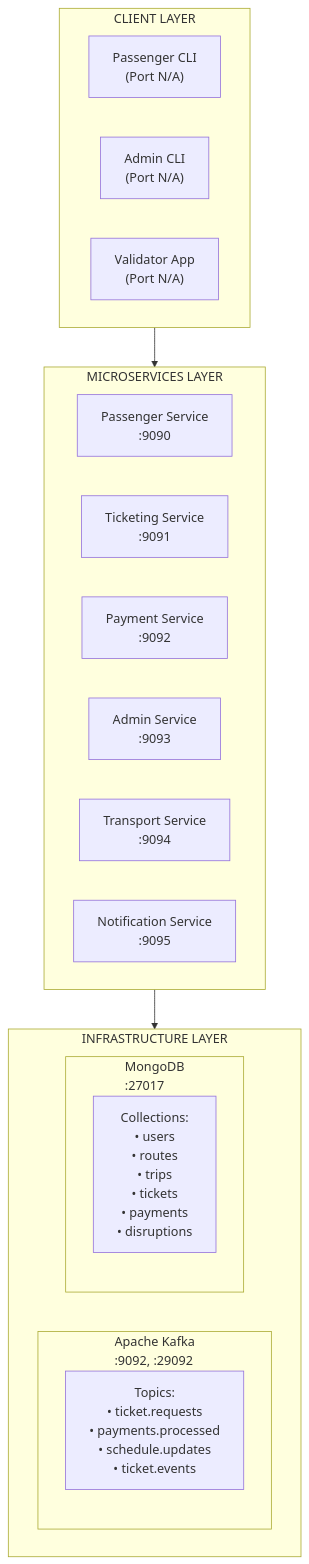
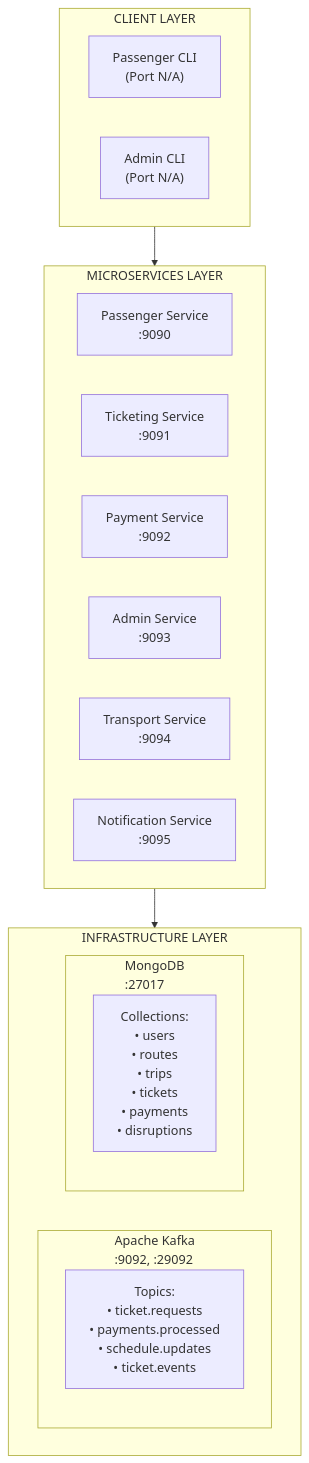
One commit to SilvioIvanio/smart-ticketing-system changed the diagram in Readme.md. Above: the diagram before and after it, drawn with Mermaid.

````diff
--- a/Readme.md
+++ b/Readme.md
@@ -84,30 +84,29 @@
 ```mermaid
 graph TD
     subgraph CLIENT["CLIENT LAYER"]
         CLI1["Passenger CLI<br/>(Port N/A)"]
         CLI2["Admin CLI<br/>(Port N/A)"]
-        CLI3["Validator App<br/>(Port N/A)"]
     end
 
     subgraph MICROSERVICES["MICROSERVICES LAYER"]
         PS["Passenger Service<br/>:9090"]
         TS["Ticketing Service<br/>:9091"]
         PMS["Payment Service<br/>:9092"]
         AS["Admin Service<br/>:9093"]
         TRS["Transport Service<br/>:9094"]
         NS["Notification Service<br/>:9095"]
     end
 
     subgraph INFRASTRUCTURE["INFRASTRUCTURE LAYER"]
         subgraph KAFKA["Apache Kafka<br/>:9092, :29092"]
             KT["Topics:<br/>• ticket.requests<br/>• payments.processed<br/>• schedule.updates<br/>• ticket.events"]
         end
         subgraph MONGO["MongoDB<br/>:27017"]
             MC["Collections:<br/>• users<br/>• routes<br/>• trips<br/>• tickets<br/>• payments<br/>• disruptions"]
         end
     end
 
     CLIENT --> MICROSERVICES
     MICROSERVICES --> INFRASTRUCTURE
 
 ```
````
